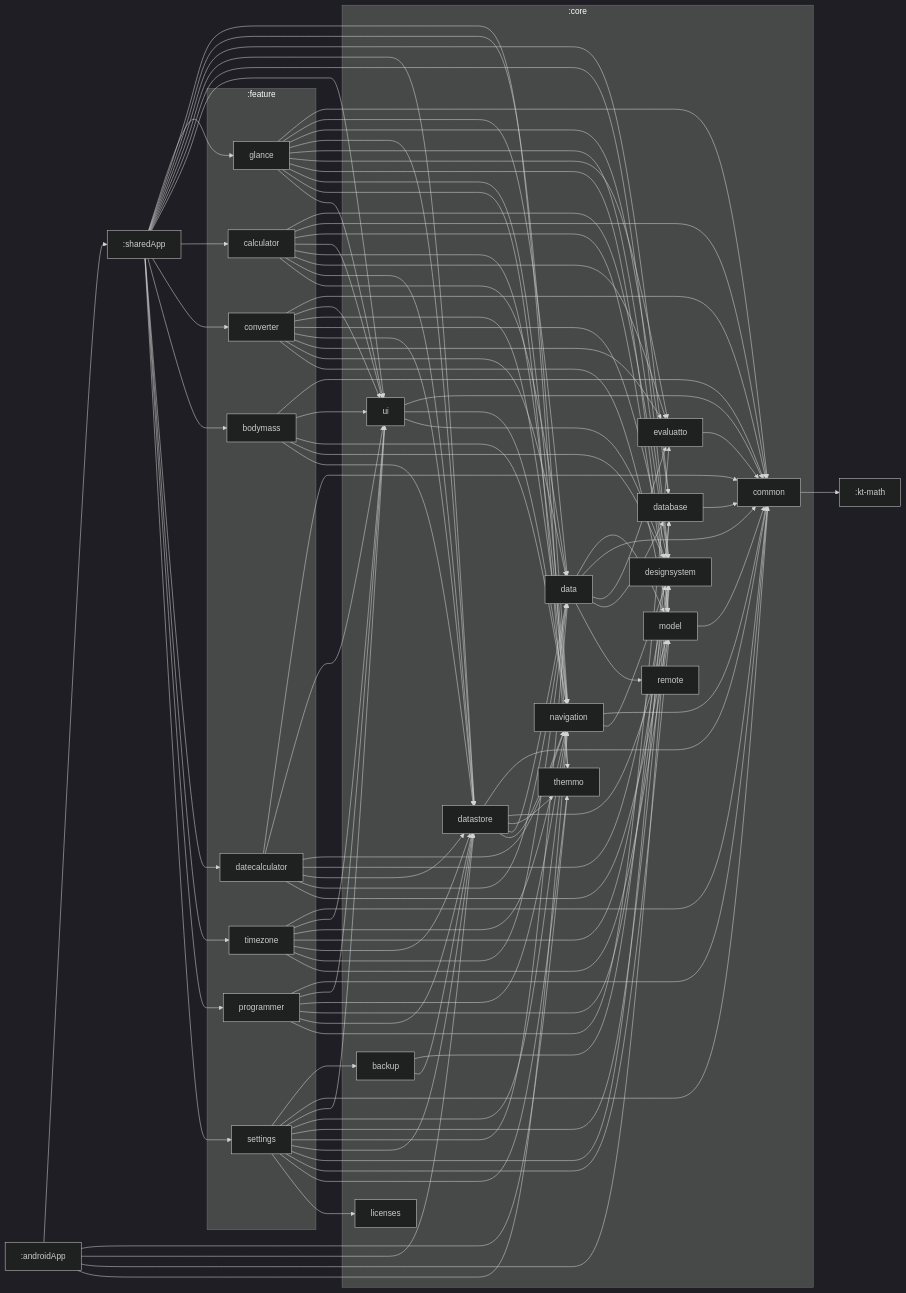
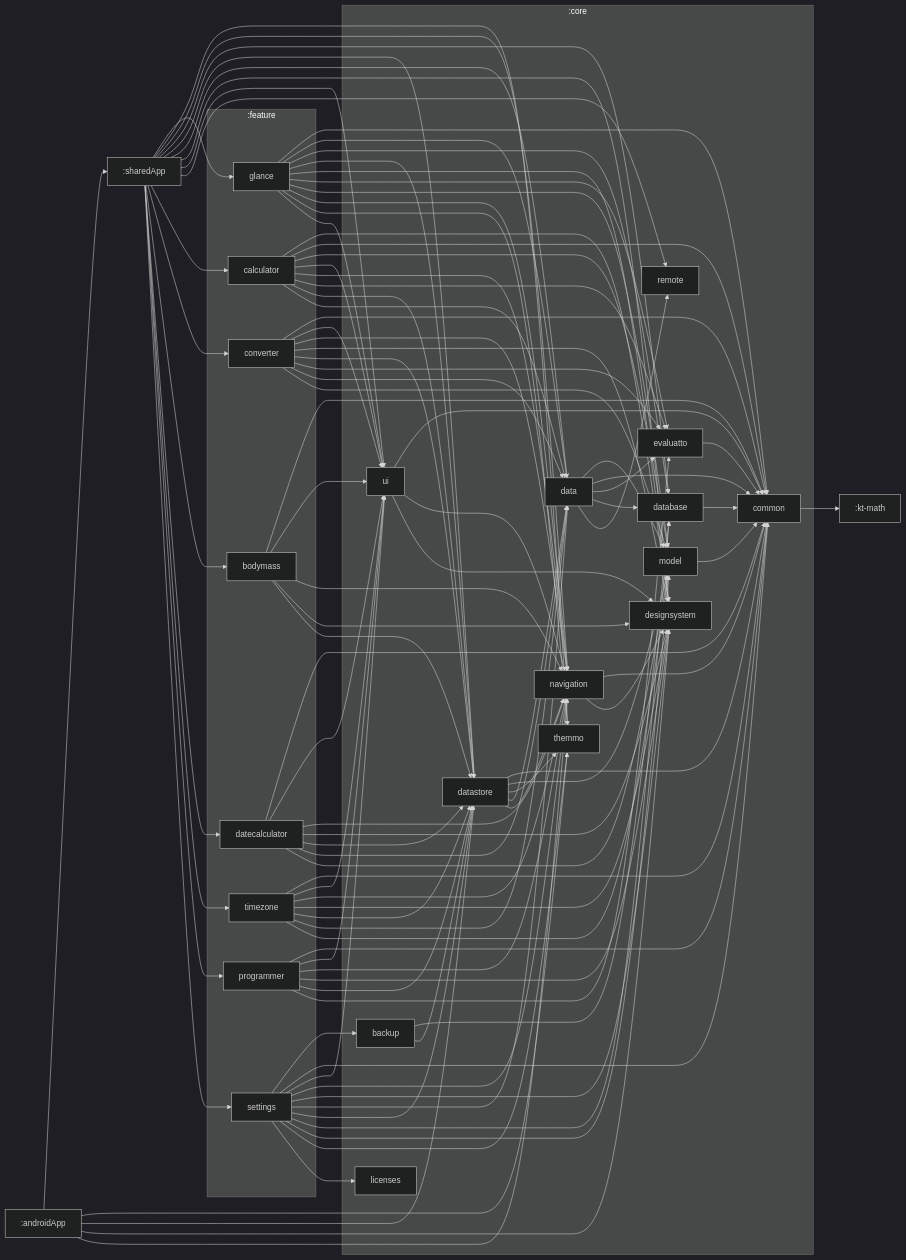
The diagram in ARCHITECTURE.md (sadellie/unitto), drawn with Mermaid before and after one commit. The commit also changed 143 other files, not shown here.

````diff
--- a/ARCHITECTURE.md
+++ b/ARCHITECTURE.md
@@ -56,8 +56,10 @@
   :sharedApp --> :core:navigation
   :sharedApp --> :core:database
   :sharedApp --> :core:datastore
+  :sharedApp --> :core:data
   :sharedApp --> :core:designsystem
   :sharedApp --> :core:ui
+  :sharedApp --> :core:remote
   :sharedApp --> :feature:calculator
   :sharedApp --> :feature:converter
   :sharedApp --> :feature:bodymass
@@ -65,16 +67,16 @@
   :sharedApp --> :feature:timezone
   :sharedApp --> :feature:programmer
   :sharedApp --> :feature:settings
+  :core:datastore --> :core:common
+  :core:datastore --> :core:model
+  :core:datastore --> :core:themmo
+  :core:datastore --> :core:data
+  :core:datastore --> :core:navigation
   :androidApp --> :sharedApp
   :androidApp --> :core:themmo
   :androidApp --> :core:datastore
   :androidApp --> :core:designsystem
   :androidApp --> :core:navigation
-  :core:datastore --> :core:common
-  :core:datastore --> :core:model
-  :core:datastore --> :core:themmo
-  :core:datastore --> :core:data
-  :core:datastore --> :core:navigation
   :feature:bodymass --> :core:common
   :feature:bodymass --> :core:ui
   :feature:bodymass --> :core:navigation
@@ -129,14 +131,14 @@
   :feature:glance --> :core:navigation
   :feature:glance --> :core:themmo
   :feature:glance --> :core:ui
+  :core:backup --> :core:database
+  :core:backup --> :core:datastore
   :feature:programmer --> :core:common
   :feature:programmer --> :core:ui
   :feature:programmer --> :core:navigation
   :feature:programmer --> :core:designsystem
   :feature:programmer --> :core:datastore
   :feature:programmer --> :core:evaluatto
-  :core:backup --> :core:database
-  :core:backup --> :core:datastore
   :core:navigation --> :core:common
   :core:navigation --> :core:designsystem
 ```
````
